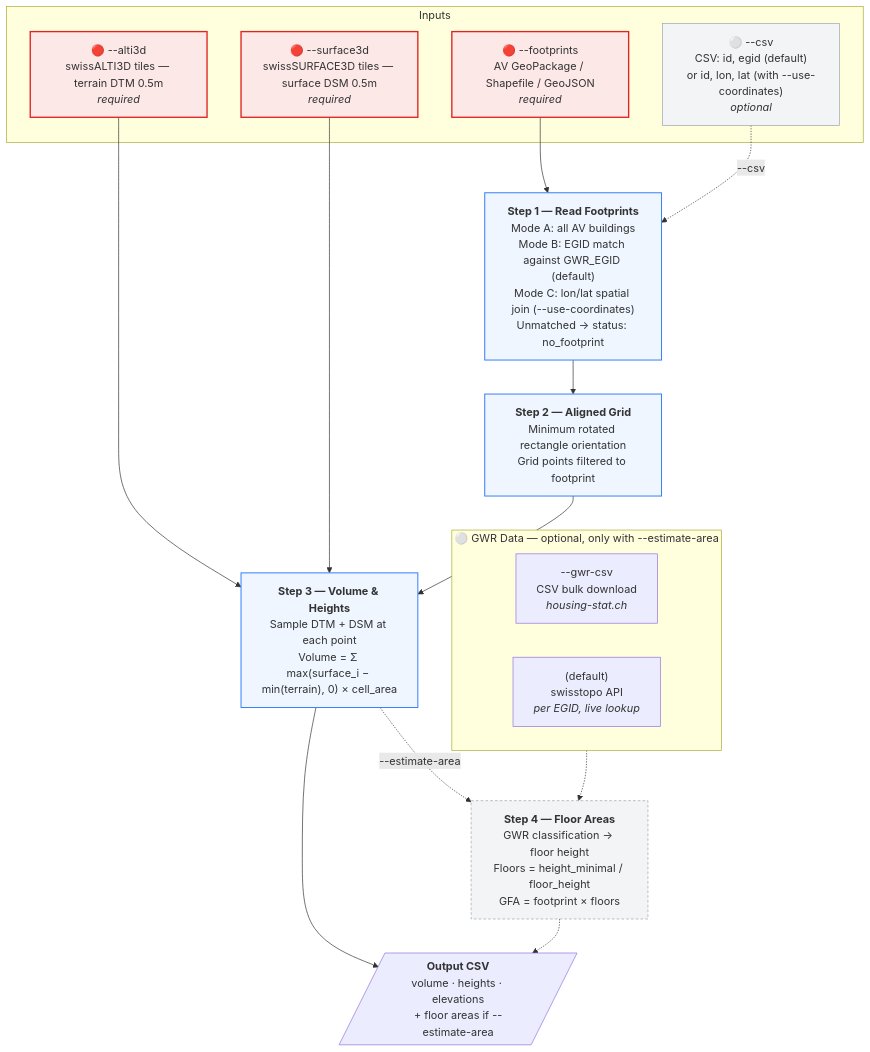
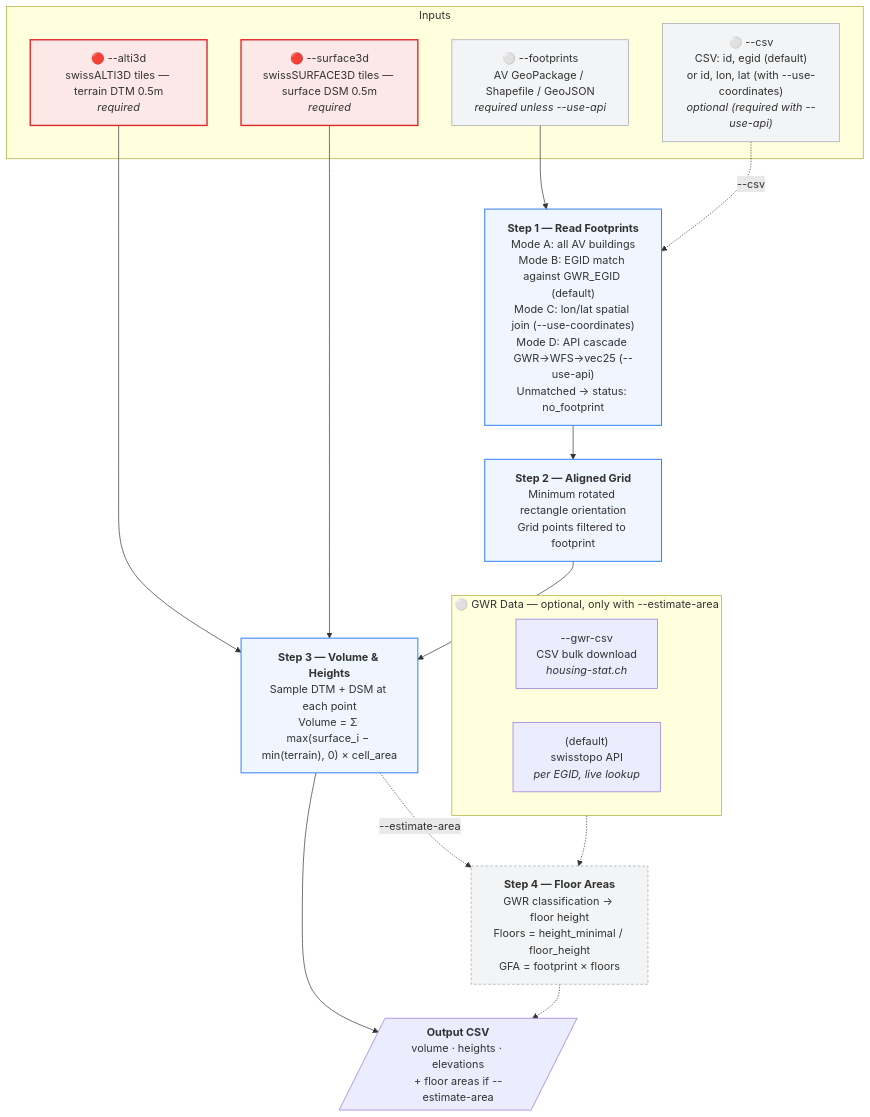
The diagram in README.md (bbl-dres/area-estimator), drawn with Mermaid before and after one commit. The commit also changed other lines of this file and 5 other files, not shown here.

````diff
--- a/README.md
+++ b/README.md
@@ -90,43 +91,43 @@
 ```mermaid
 flowchart TD
     subgraph INPUT["Inputs"]
-        A1A["🔴 --footprints<br>AV GeoPackage / Shapefile / GeoJSON<br><i>required</i>"]
-        A1B["⚪ --csv<br>CSV: id, egid (default)<br>or id, lon, lat (with --use-coordinates)<br><i>optional</i>"]
+        A1A["⚪ --footprints<br>AV GeoPackage / Shapefile / GeoJSON<br><i>required unless --use-api</i>"]
+        A1B["⚪ --csv<br>CSV: id, egid (default)<br>or id, lon, lat (with --use-coordinates)<br><i>optional (required with --use-api)</i>"]
         A2["🔴 --alti3d<br>swissALTI3D tiles — terrain DTM 0.5m<br><i>required</i>"]
         A3["🔴 --surface3d<br>swissSURFACE3D tiles — surface DSM 0.5m<br><i>required</i>"]
     end
 
     A1A --> S1
     A1B -.->|"--csv"| S1
     A2 --> S3
     A3 --> S3
 
-    S1["<b>Step 1 — Read Footprints</b><br>Mode A: all AV buildings<br>Mode B: EGID match against GWR_EGID (default)<br>Mode C: lon/lat spatial join (--use-coordinates)<br>Unmatched → status: no_footprint"]
+    S1["<b>Step 1 — Read Footprints</b><br>Mode A: all AV buildings<br>Mode B: EGID match against GWR_EGID (default)<br>Mode C: lon/lat spatial join (--use-coordinates)<br>Mode D: API cascade GWR→WFS→vec25 (--use-api)<br>Unmatched → status: no_footprint"]
     S2["<b>Step 2 — Aligned Grid</b><br>Minimum rotated rectangle orientation<br>Grid points filtered to footprint"]
     S3["<b>Step 3 — Volume & Heights</b><br>Sample DTM + DSM at each point<br>Volume = Σ max(surface_i − min(terrain), 0) × cell_area"]
     S4["<b>Step 4 — Floor Areas</b><br>GWR classification → floor height<br>Floors = height_minimal / floor_height<br>GFA = footprint × floors"]
 
     S1 --> S2 --> S3
     S3 --> OUT
     S3 -.->|"--estimate-area"| S4
     S4 -.-> OUT
 
     OUT[/"<b>Output CSV</b><br>volume · heights · elevations<br>+ floor areas if --estimate-area"/]
 
     subgraph GWR["⚪ GWR Data — optional, only with --estimate-area"]
         G1["--gwr-csv<br>CSV bulk download<br><i>housing-stat.ch</i>"]
         G2["(default)<br>swisstopo API<br><i>per EGID, live lookup</i>"]
     end
 
     GWR -.-> S4
 
     classDef required fill:#fde8e8,stroke:#e02424,stroke-width:2px
     classDef optional fill:#f3f4f6,stroke:#9ca3af,stroke-width:1px
     classDef step fill:#eff6ff,stroke:#3b82f6,stroke-width:1.5px
     classDef optionalStep fill:#f3f4f6,stroke:#9ca3af,stroke-width:1px,stroke-dasharray:4 3
 
-    class A1A,A2,A3 required
-    class A1B optional
+    class A2,A3 required
+    class A1A,A1B optional
     class S1,S2,S3 step
     class S4 optionalStep
 ```
````
